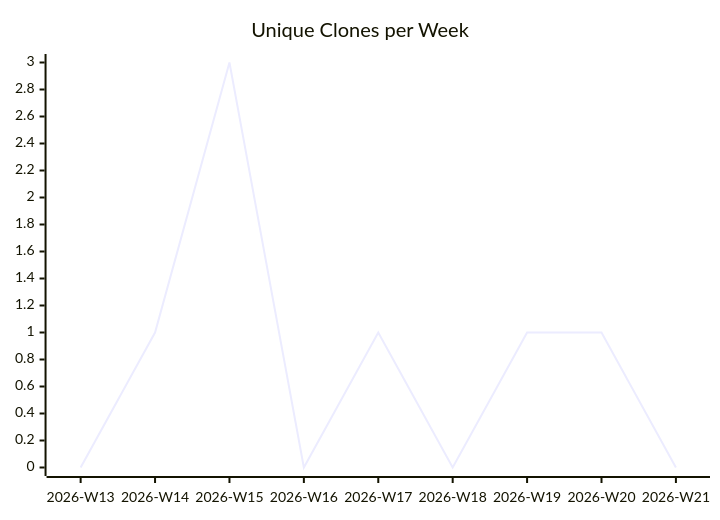
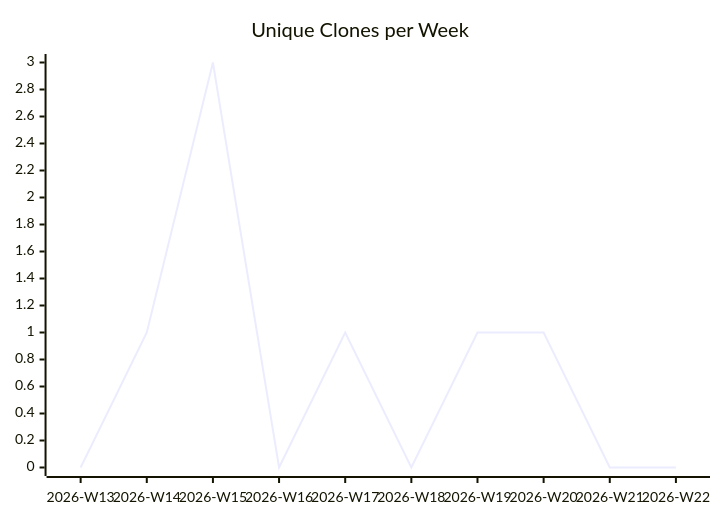
One commit to justdavis-family/github-analytics-data changed the third of 3 diagrams in karlmdavis/FHIR-Server/README.md. Above: the diagram before and after it, drawn with Mermaid. The commit also changed other lines of this file and 190 other files, not shown here.

````diff
--- a/karlmdavis/FHIR-Server/README.md
+++ b/karlmdavis/FHIR-Server/README.md
@@ -19,6 +19,6 @@
 ```mermaid
 xychart-beta
   title "Unique Clones per Week"
-  x-axis ["2026-W13", "2026-W14", "2026-W15", "2026-W16", "2026-W17", "2026-W18", "2026-W19", "2026-W20", "2026-W21"]
-  line [0, 1, 3, 0, 1, 0, 1, 1, 0]
+  x-axis ["2026-W13", "2026-W14", "2026-W15", "2026-W16", "2026-W17", "2026-W18", "2026-W19", "2026-W20", "2026-W21", "2026-W22"]
+  line [0, 1, 3, 0, 1, 0, 1, 1, 0, 0]
 ```
````
